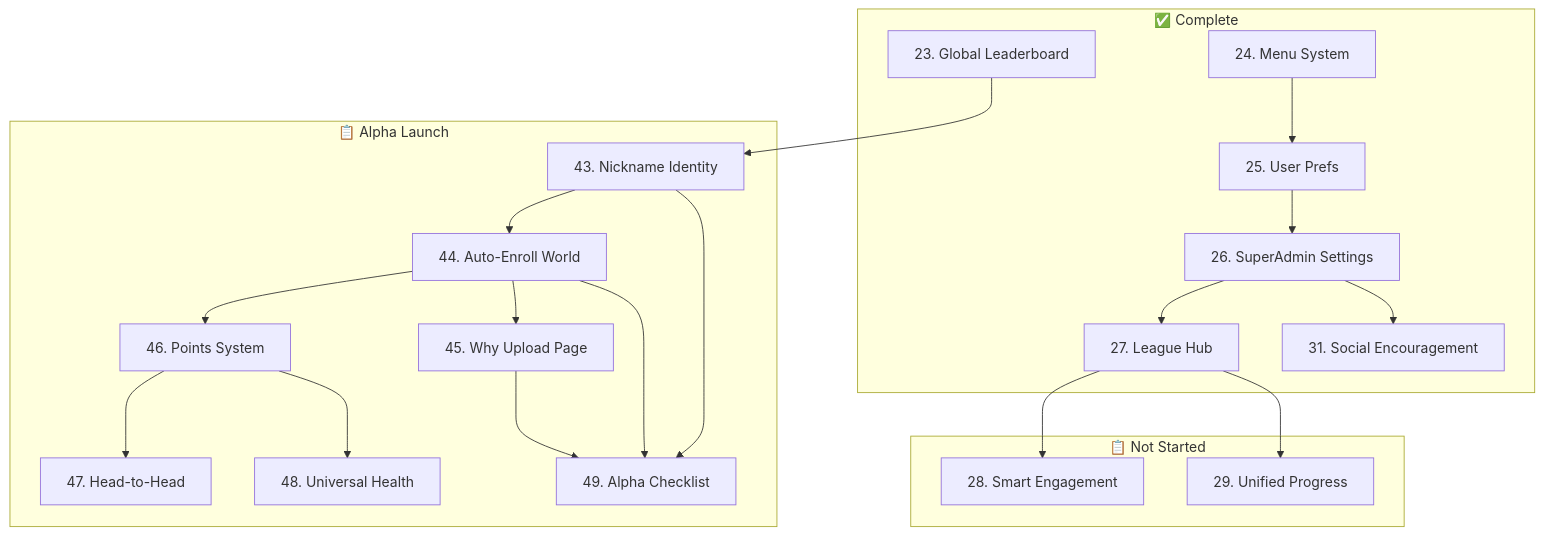
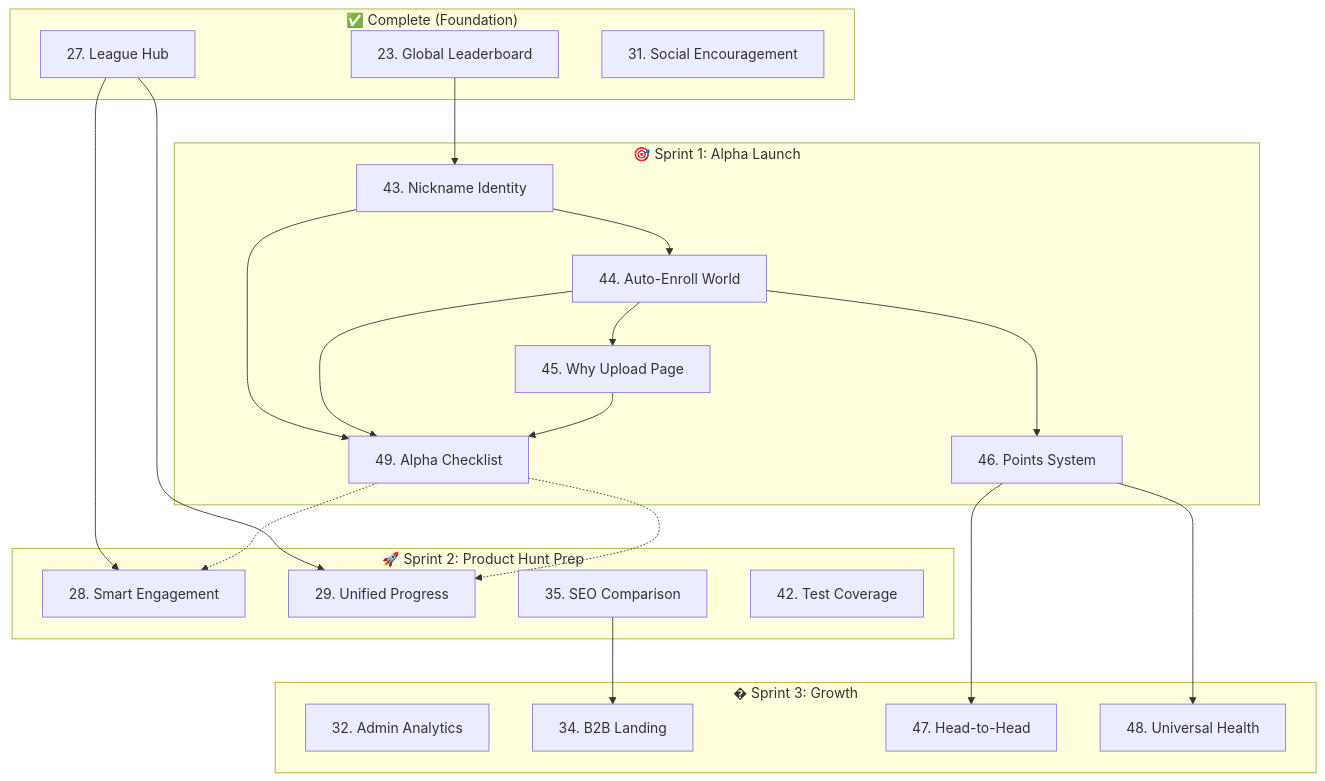
Before and after one commit to vassovass/scl-v3: the diagram in docs/prds/admin-feedback-system/PRD_00_Index.md, drawn with Mermaid. The commit also changed other lines of this file and 333 other files, not shown here.

First line of the commit message:
feat(PRD-43): Standardize user identity to display_name

````diff
--- a/docs/prds/admin-feedback-system/PRD_00_Index.md
+++ b/docs/prds/admin-feedback-system/PRD_00_Index.md
@@ -111,43 +165,50 @@
 ```mermaid
 graph TD
-    subgraph "✅ Complete"
-        PRD24[24. Menu System]
-        PRD25[25. User Prefs]
-        PRD26[26. SuperAdmin Settings]
+    subgraph "✅ Complete (Foundation)"
+        PRD23[23. Global Leaderboard]
         PRD27[27. League Hub]
         PRD31[31. Social Encouragement]
-        PRD23[23. Global Leaderboard]
     end
 
-    subgraph "📋 Alpha Launch"
+    subgraph "🎯 Sprint 1: Alpha Launch"
         PRD43[43. Nickname Identity]
         PRD44[44. Auto-Enroll World]
         PRD45[45. Why Upload Page]
         PRD46[46. Points System]
-        PRD47[47. Head-to-Head]
-        PRD48[48. Universal Health]
         PRD49[49. Alpha Checklist]
     end
 
-    subgraph "📋 Not Started"
+    subgraph "🚀 Sprint 2: Product Hunt Prep"
         PRD28[28. Smart Engagement]
         PRD29[29. Unified Progress]
+        PRD35[35. SEO Comparison]
+        PRD42[42. Test Coverage]
     end
 
-    PRD24 --> PRD25
-    PRD25 --> PRD26
-    PRD26 --> PRD27
-    PRD26 --> PRD31
-    PRD27 --> PRD28
-    PRD27 --> PRD29
+    subgraph "� Sprint 3: Growth"
+        PRD32[32. Admin Analytics]
+        PRD34[34. B2B Landing]
+        PRD47[47. Head-to-Head]
+        PRD48[48. Universal Health]
+    end
 
+    %% Sprint 1 Dependencies
     PRD23 --> PRD43
     PRD43 --> PRD44
     PRD44 --> PRD45
     PRD44 --> PRD46
-    PRD46 --> PRD47
-    PRD46 --> PRD48
     PRD43 --> PRD49
     PRD44 --> PRD49
     PRD45 --> PRD49
+
+    %% Sprint 2 Dependencies
+    PRD27 --> PRD28
+    PRD27 --> PRD29
+    PRD49 -.-> PRD28
+    PRD49 -.-> PRD29
+
+    %% Sprint 3 Dependencies
+    PRD46 --> PRD47
+    PRD46 --> PRD48
+    PRD35 --> PRD34
 ```
````
